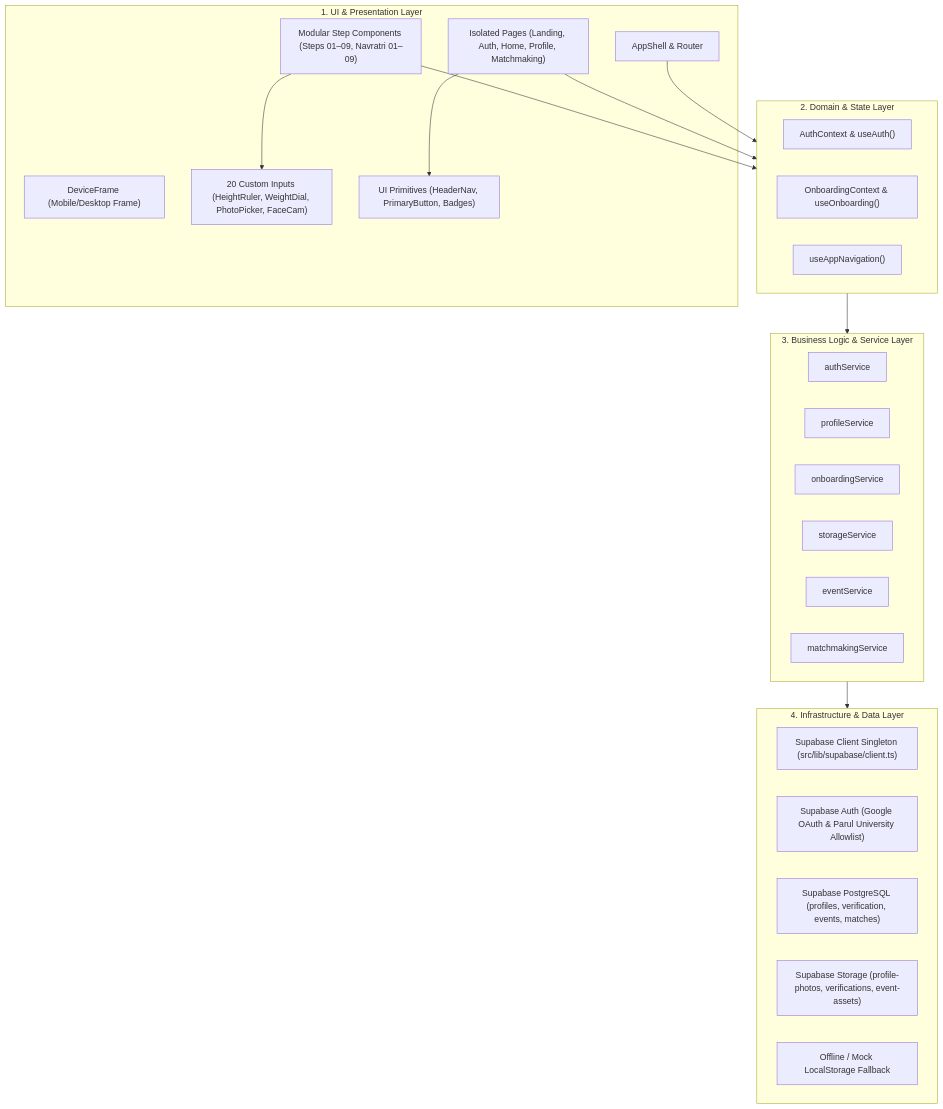
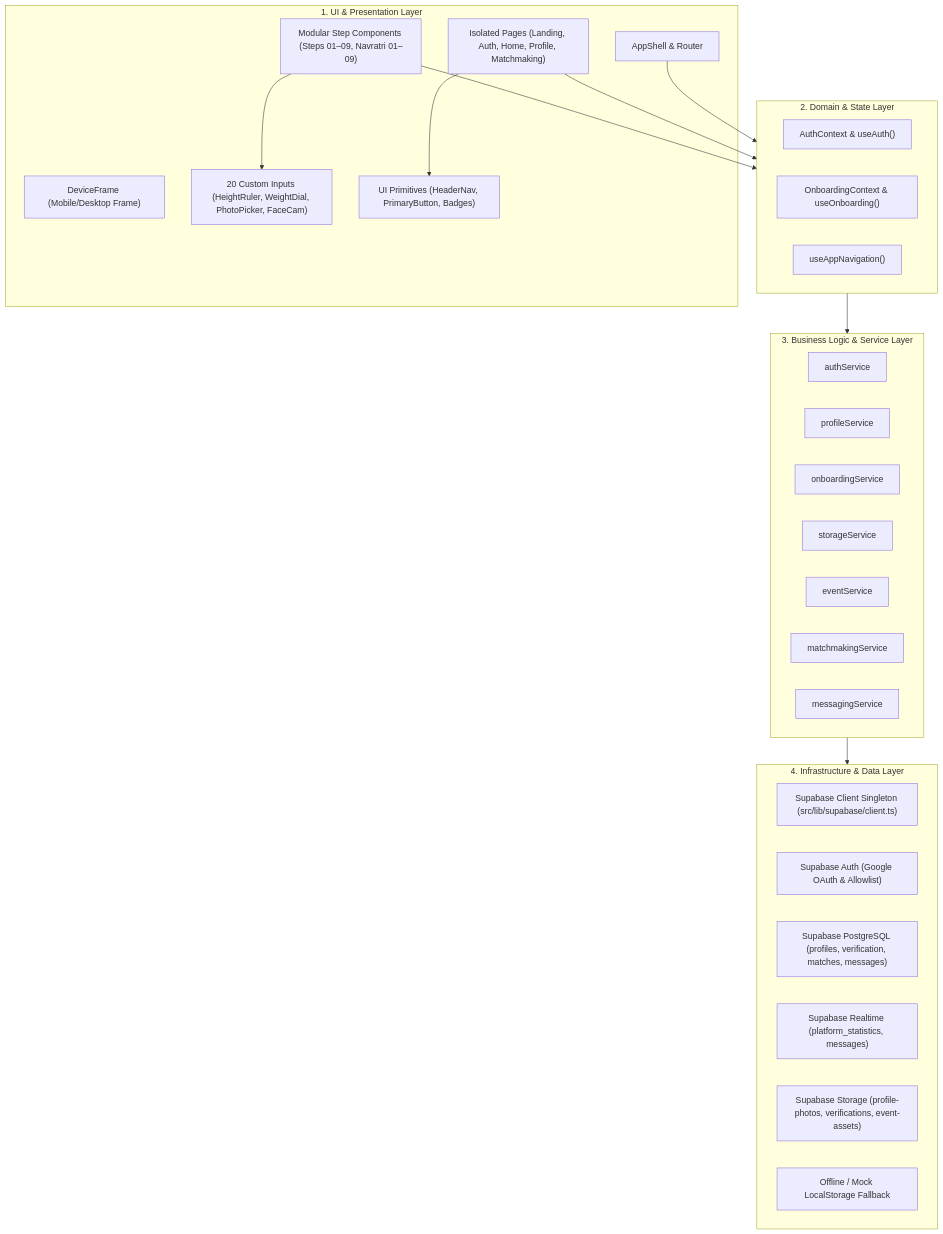
One commit to Hellsguardian/String-X changed the first of 2 diagrams in docs/architecture.md. Above: the diagram before and after it, drawn with Mermaid. The commit also changed other lines of this file and 147 other files, not shown here.

````diff
--- a/docs/architecture.md
+++ b/docs/architecture.md
@@ -14,42 +14,44 @@
 ```mermaid
 flowchart TD
     subgraph UI_Layer ["1. UI & Presentation Layer"]
         App["AppShell & Router"]
         DeviceFrame["DeviceFrame (Mobile/Desktop Frame)"]
         Pages["Isolated Pages (Landing, Auth, Home, Profile, Matchmaking)"]
         Steps["Modular Step Components (Steps 01–09, Navratri 01–09)"]
         Inputs["20 Custom Inputs (HeightRuler, WeightDial, PhotoPicker, FaceCam)"]
         UIPrimitives["UI Primitives (HeaderNav, PrimaryButton, Badges)"]
     end
 
     subgraph State_Layer ["2. Domain & State Layer"]
         AuthContext["AuthContext & useAuth()"]
         OnboardingContext["OnboardingContext & useOnboarding()"]
         AppNav["useAppNavigation()"]
     end
 
     subgraph Service_Layer ["3. Business Logic & Service Layer"]
         AuthService["authService"]
         ProfileService["profileService"]
         OnboardingService["onboardingService"]
         StorageService["storageService"]
         EventService["eventService"]
         MatchmakingService["matchmakingService"]
+        MessagingService["messagingService"]
     end
 
     subgraph Infra_Layer ["4. Infrastructure & Data Layer"]
         SupaClient["Supabase Client Singleton (src/lib/supabase/client.ts)"]
-        SupaAuth["Supabase Auth (Google OAuth & Parul University Allowlist)"]
-        PostgreSQL["Supabase PostgreSQL (profiles, verification, events, matches)"]
+        SupaAuth["Supabase Auth (Google OAuth & Allowlist)"]
+        PostgreSQL["Supabase PostgreSQL (profiles, verification, matches, messages)"]
+        SupaRealtime["Supabase Realtime (platform_statistics, messages)"]
         SupaStorage["Supabase Storage (profile-photos, verifications, event-assets)"]
         LocalFallback["Offline / Mock LocalStorage Fallback"]
     end
 
     App --> State_Layer
     Pages --> State_Layer
     Steps --> State_Layer
     Pages --> UIPrimitives
     Steps --> Inputs
     State_Layer --> Service_Layer
     Service_Layer --> Infra_Layer
 ```
````
